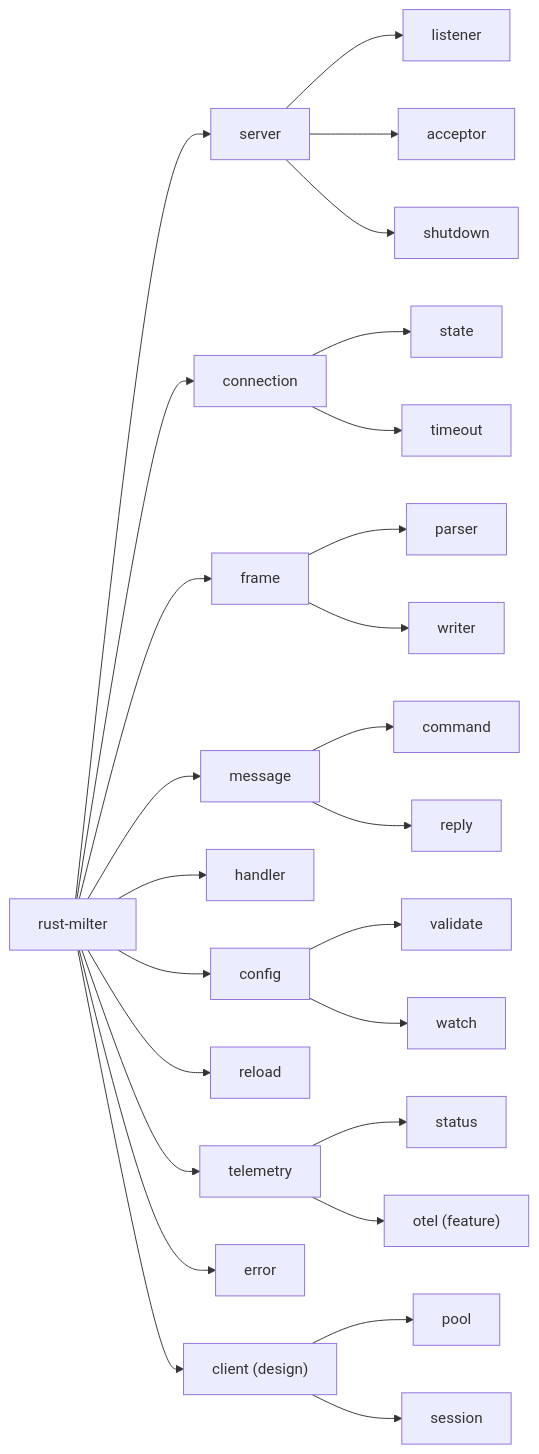
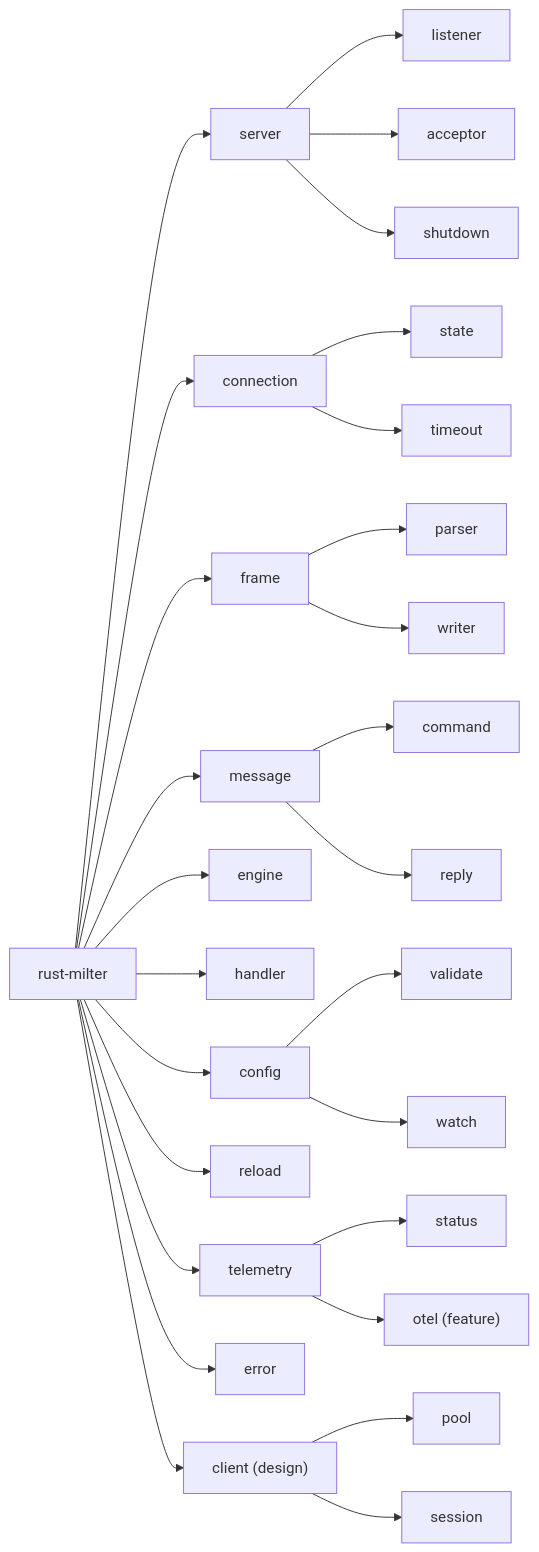
Before and after one commit to photom/rust-milter: the second of 7 diagrams in docs/explanation/architecture.md, drawn with Mermaid. The commit also changed other lines of this file and 14 other files, not shown here.

````diff
--- a/docs/explanation/architecture.md
+++ b/docs/explanation/architecture.md
@@ -186,37 +195,38 @@
 ```mermaid
 flowchart LR
     root["rust-milter"]
 
     root --> server
     root --> connection
     root --> frame
     root --> message
+    root --> engine
     root --> handler
     root --> config
     root --> reload
     root --> telemetry
     root --> error
     root --> client["client (design)"]
 
     server --> listener
     server --> acceptor
     server --> shutdown
 
     connection --> transport_state["state"]
     connection --> timeout
 
     frame --> parser
     frame --> writer
 
     message --> command
     message --> reply
 
     config --> validate
     config --> watch
 
     telemetry --> status
     telemetry --> otel["otel (feature)"]
 
     client --> pool
     client --> session
 ```
````
